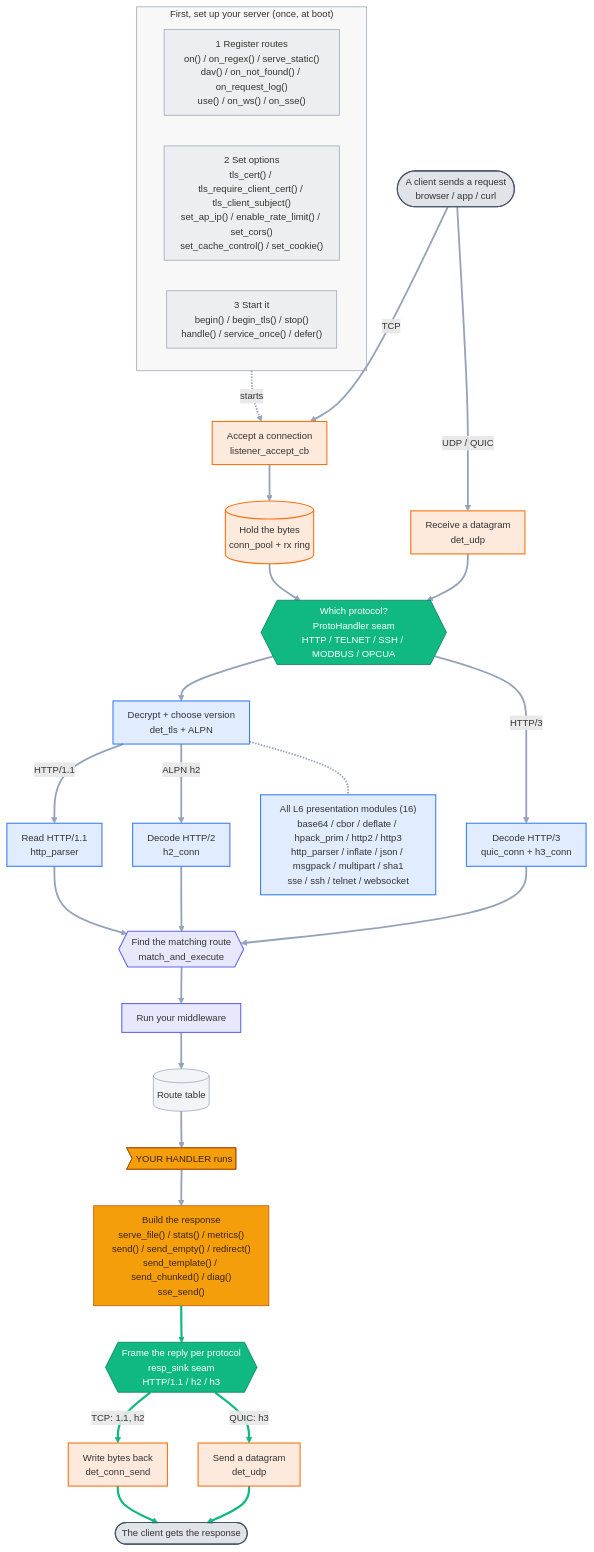
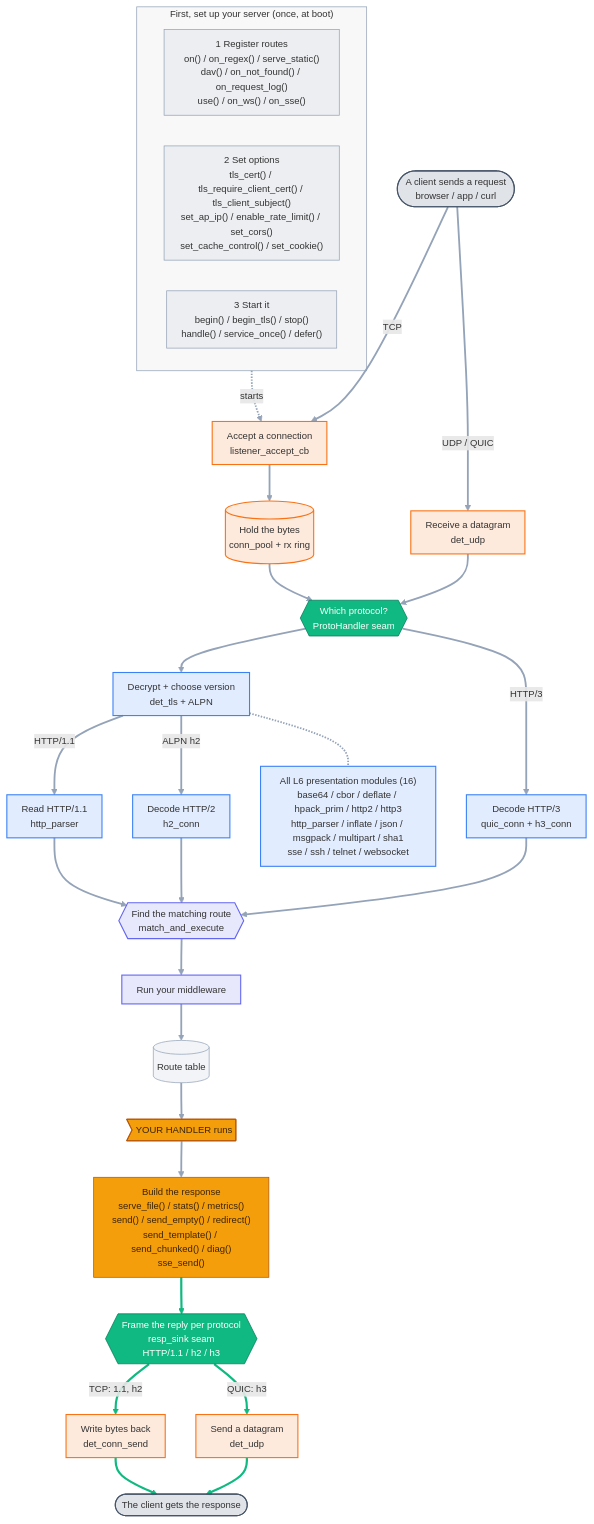
The diagram in docs/diagrams/api_flow_detail.mmd (dstroy0/DeterministicESPAsyncWebServer), drawn with Mermaid before and after one commit. The commit also changed 6 other files, not shown here.

```diff
--- a/docs/diagrams/api_flow_detail.mmd
+++ b/docs/diagrams/api_flow_detail.mmd
@@ -1,71 +1,71 @@
 %%{init: {'themeVariables':{'fontFamily':'ui-sans-serif,system-ui,Segoe UI,Roboto,sans-serif','fontSize':'13px','lineColor':'#94a3b8'},'flowchart':{'curve':'basis','nodeSpacing':42,'rankSpacing':50,'padding':10,'useMaxWidth':true}}}%%
 flowchart TB
   %% Auto-generated from the public API, proto_builtins.cpp, and presentation/ on disk.
   subgraph SETUP["First, set up your server (once, at boot)"]
     direction LR
     reg["1 Register routes<br/>on() / on_regex() / serve_static()<br/>dav() / on_not_found() / on_request_log()<br/>use() / on_ws() / on_sse()"]
     cfg["2 Set options<br/>tls_cert() / tls_require_client_cert() / tls_client_subject()<br/>set_ap_ip() / enable_rate_limit() / set_cors()<br/>set_cache_control() / set_cookie()"]
     run["3 Start it<br/>begin() / begin_tls() / stop()<br/>handle() / service_once() / defer()"]
   end
 
   cin(["A client sends a request<br/>browser / app / curl"])
   listen["Accept a connection<br/>listener_accept_cb"]
   ring[("Hold the bytes<br/>conn_pool + rx ring")]
   udprx["Receive a datagram<br/>det_udp"]
-  seam{{"Which protocol?<br/>ProtoHandler seam<br/>HTTP / TELNET / SSH / MODBUS / OPCUA"}}
+  seam{{"Which protocol?<br/>ProtoHandler seam<br/>"}}
   tls["Decrypt + choose version<br/>det_tls + ALPN"]
   parser["Read HTTP/1.1<br/>http_parser"]
   h2["Decode HTTP/2<br/>h2_conn"]
   h3["Decode HTTP/3<br/>quic_conn + h3_conn"]
   mae{{"Find the matching route<br/>match_and_execute"}}
   mw["Run your middleware"]
   routes[("Route table")]
   handler>"YOUR HANDLER runs"]
   resp["Build the response<br/>serve_file() / stats() / metrics()<br/>send() / send_empty() / redirect()<br/>send_template() / send_chunked() / diag()<br/>sse_send()"]
   sink{{"Frame the reply per protocol<br/>resp_sink seam<br/>HTTP/1.1 / h2 / h3"}}
   consend["Write bytes back<br/>det_conn_send"]
   udptx["Send a datagram<br/>det_udp"]
   cout(["The client gets the response"])
   mods["All L6 presentation modules (16)<br/>base64 / cbor / deflate / hpack_prim / http2 / http3<br/>http_parser / inflate / json / msgpack / multipart / sha1<br/>sse / ssh / telnet / websocket"]
 
   run -.->|starts| listen
   cin ==>|TCP| listen
   listen --> ring
   ring --> seam
   cin ==>|UDP / QUIC| udprx
   udprx --> seam
   seam --> tls
   tls -->|HTTP/1.1| parser
   tls -->|ALPN h2| h2
   seam -->|HTTP/3| h3
   parser --> mae
   h2 --> mae
   h3 --> mae
   mae --> mw
   mw --> routes
   routes --> handler
   handler --> resp
   resp --> sink
   sink -->|TCP: 1.1, h2| consend
   sink -->|QUIC: h3| udptx
   consend ==> cout
   udptx ==> cout
   tls -.- mods
 
   class cin,cout ext;
   class reg,cfg,run,routes setup;
   class listen,ring,udprx,udptx,consend l4;
   class seam,sink seam;
   class tls,parser,h2,h3,mods l6;
   class mae,mw l7;
   class handler,resp you;
   classDef ext fill:#64748b33,stroke:#475569,stroke-width:1.5px;
   classDef setup fill:#94a3b81f,stroke:#94a3b8;
   classDef l4 fill:#f9731626,stroke:#f97316,stroke-width:1.5px;
   classDef seam fill:#10b981,stroke:#047857,color:#ffffff;
   classDef l6 fill:#3b82f626,stroke:#3b82f6,stroke-width:1.5px;
   classDef l7 fill:#6366f126,stroke:#6366f1,stroke-width:1.5px;
   classDef you fill:#f59e0b,stroke:#b45309,color:#3b2508;
   style SETUP fill:#8888880f,stroke:#94a3b8,stroke-width:1px;
   linkStyle default stroke-width:2.5px;
   linkStyle 17,18,19,20,21 stroke:#10b981,stroke-width:3px;
```
